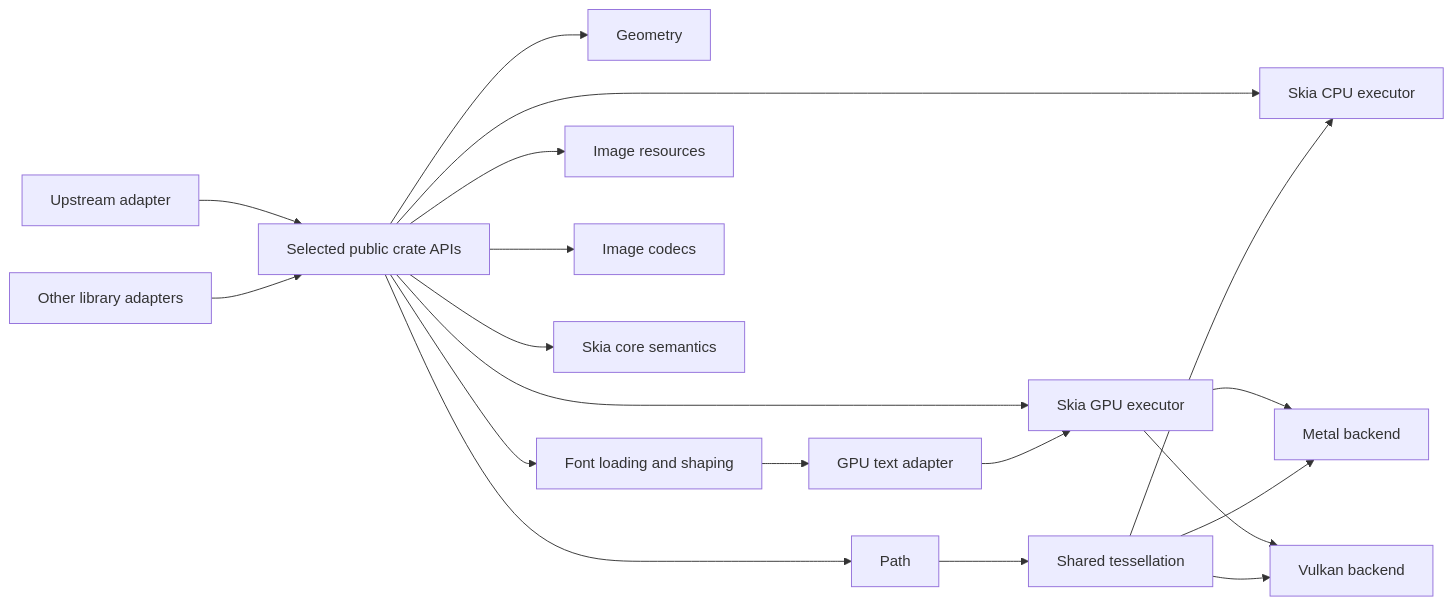
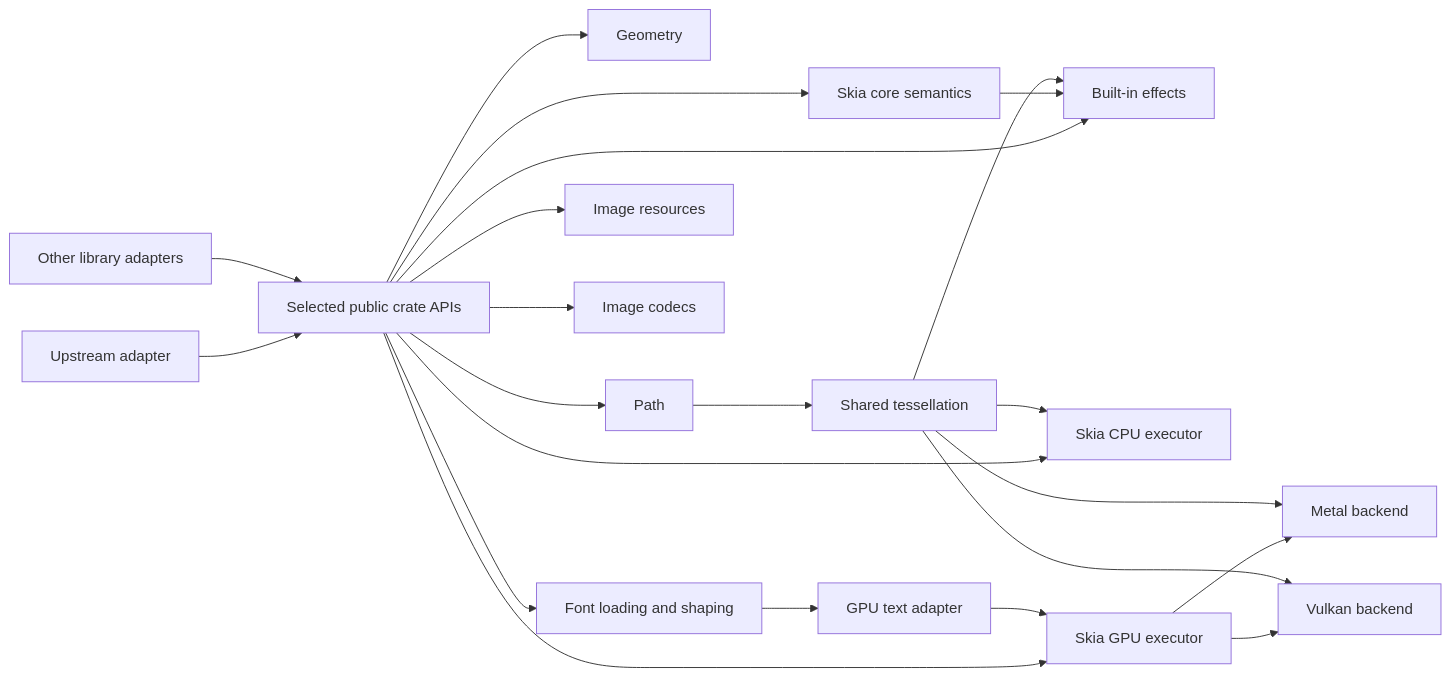
One commit to chogng/skia changed the diagram in README.md. Above: the diagram before and after it, drawn with Mermaid. The commit also changed other lines of this file and 14 other files, not shown here.

````diff
--- a/README.md
+++ b/README.md
@@ -19,21 +19,24 @@
 ```mermaid
 flowchart LR
   adapter["Upstream adapter"] --> api["Selected public crate APIs"]
   other["Other library adapters"] --> api
   api --> geometry["Geometry"]
   api --> path["Path"]
   api --> text["Font loading and shaping"]
   api --> image["Image resources"]
   api --> codec["Image codecs"]
   api --> core["Skia core semantics"]
+  api --> effects["Built-in effects"]
   api --> cpu["Skia CPU executor"]
   api --> gpu["Skia GPU executor"]
   gpu --> metal["Metal backend"]
   gpu --> vulkan["Vulkan backend"]
   path --> tessellation["Shared tessellation"]
+  core --> effects
+  tessellation --> effects
   tessellation --> cpu
   tessellation --> metal
   tessellation --> vulkan
   text --> gpu_text["GPU text adapter"]
   gpu_text --> gpu
 ```
````
